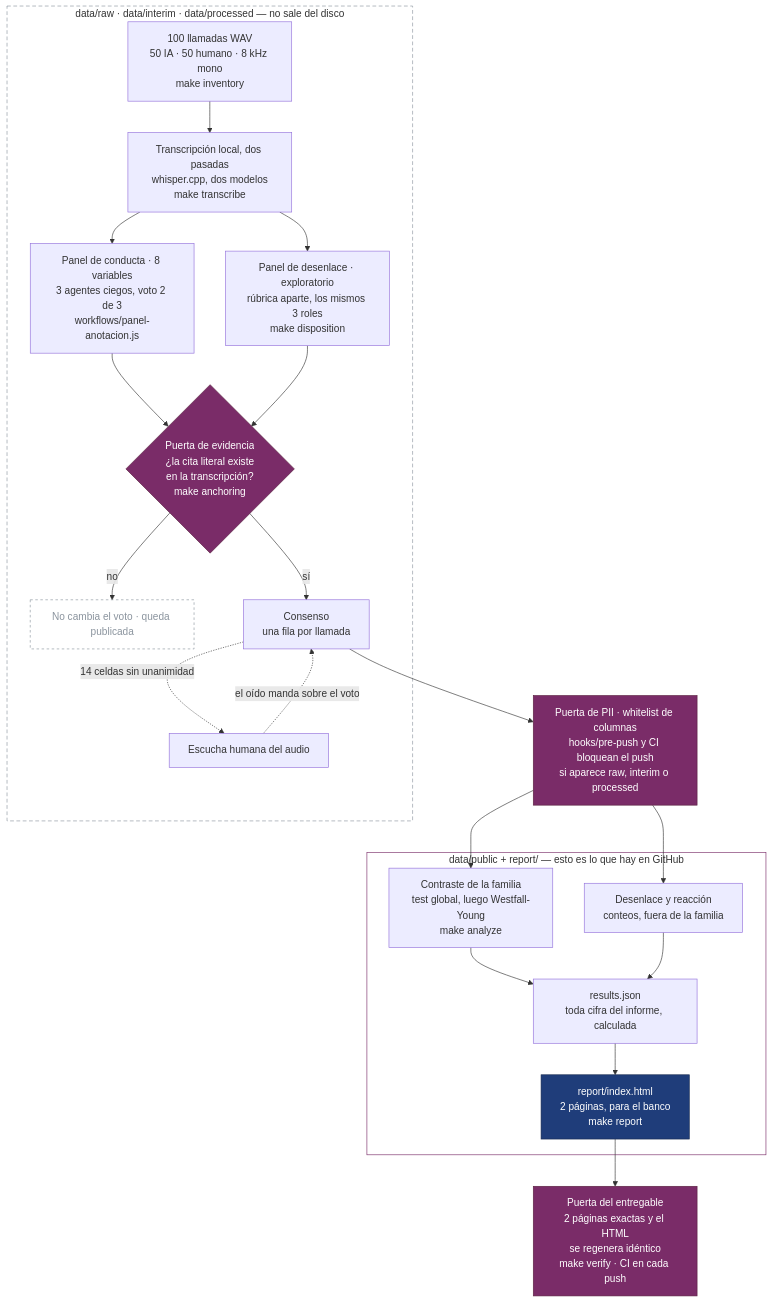
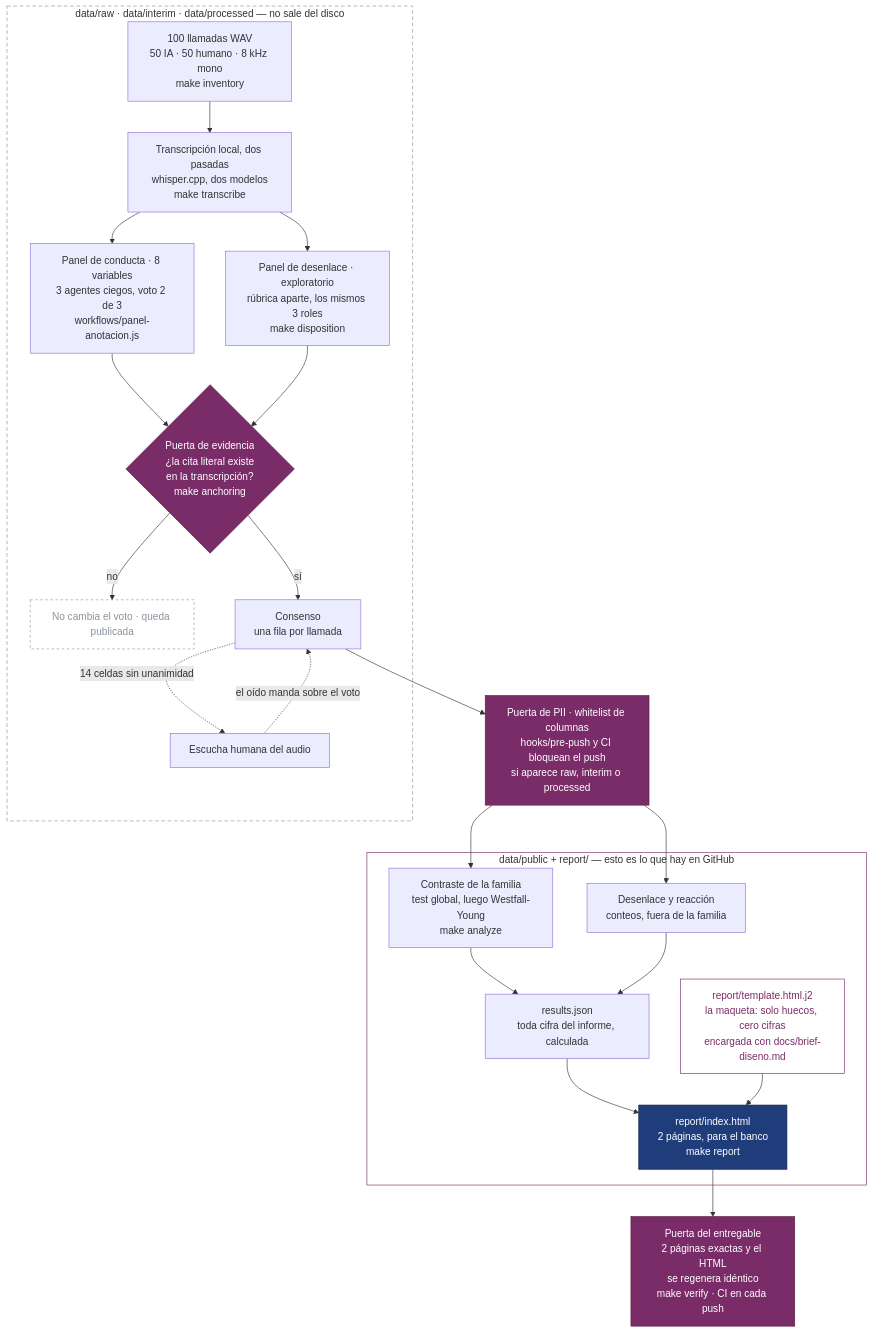
Before and after one commit to mauriciosf2004/crecere-humanos-vs-ia: the diagram in README.md, drawn with Mermaid. The commit also changed other lines of this file, not shown here.

````diff
--- a/README.md
+++ b/README.md
@@ -44,50 +44,54 @@
 ```mermaid
 flowchart TD
     subgraph priv["data/raw · data/interim · data/processed — no sale del disco"]
         A["100 llamadas WAV<br/>50 IA · 50 humano · 8 kHz mono<br/>make inventory"]
         B["Transcripción local, dos pasadas<br/>whisper.cpp, dos modelos<br/>make transcribe"]
         P1["Panel de conducta · 8 variables<br/>3 agentes ciegos, voto 2 de 3<br/>workflows/panel-anotacion.js"]
         P2["Panel de desenlace · exploratorio<br/>rúbrica aparte, los mismos 3 roles<br/>make disposition"]
         Q{"Puerta de evidencia<br/>¿la cita literal existe<br/>en la transcripción?<br/>make anchoring"}
         X["No cambia el voto · queda publicada"]
         C["Consenso<br/>una fila por llamada"]
         E["Escucha humana del audio"]
     end
 
     PII["Puerta de PII · whitelist de columnas<br/>hooks/pre-push y CI bloquean el push<br/>si aparece raw, interim o processed"]
 
     subgraph pub["data/public + report/ — esto es lo que hay en GitHub"]
         S["Contraste de la familia<br/>test global, luego Westfall-Young<br/>make analyze"]
         D["Desenlace y reacción<br/>conteos, fuera de la familia"]
         R["results.json<br/>toda cifra del informe, calculada"]
+        T["report/template.html.j2<br/>la maqueta: solo huecos, cero cifras<br/>encargada con docs/brief-diseno.md"]
         H["report/index.html<br/>2 páginas, para el banco<br/>make report"]
     end
 
     V["Puerta del entregable<br/>2 páginas exactas y el HTML<br/>se regenera idéntico<br/>make verify · CI en cada push"]
 
     A --> B
     B --> P1
     B --> P2
     P1 --> Q
     P2 --> Q
     Q -- "no" --> X
     Q -- "sí" --> C
     C -. "14 celdas sin unanimidad" .-> E
     E -. "el oído manda sobre el voto" .-> C
     C --> PII
     PII --> S
     PII --> D
     S --> R
     D --> R
     R --> H
+    T --> H
     H --> V
 
     classDef puerta fill:#7a2c68,stroke:#59203f,color:#ffffff
     classDef entrega fill:#1f3d7a,stroke:#16294f,color:#ffffff
     classDef descarte fill:none,stroke:#8b949e,color:#8b949e,stroke-dasharray:4 4
+    classDef spec fill:none,stroke:#7a2c68,color:#7a2c68
     class Q,PII,V puerta
     class H entrega
+    class T spec
     class X descarte
     style priv fill:none,stroke:#8b949e,stroke-dasharray:6 4
     style pub fill:none,stroke:#7a2c68
 ```
````
